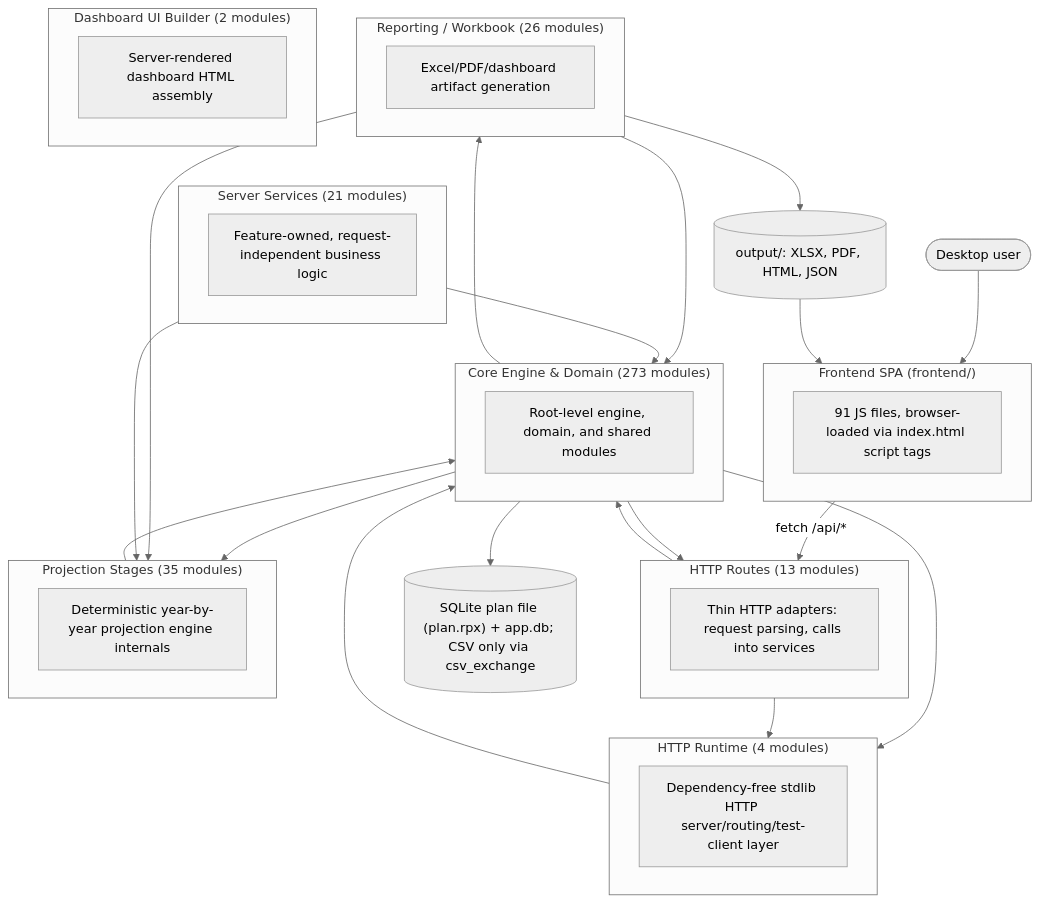
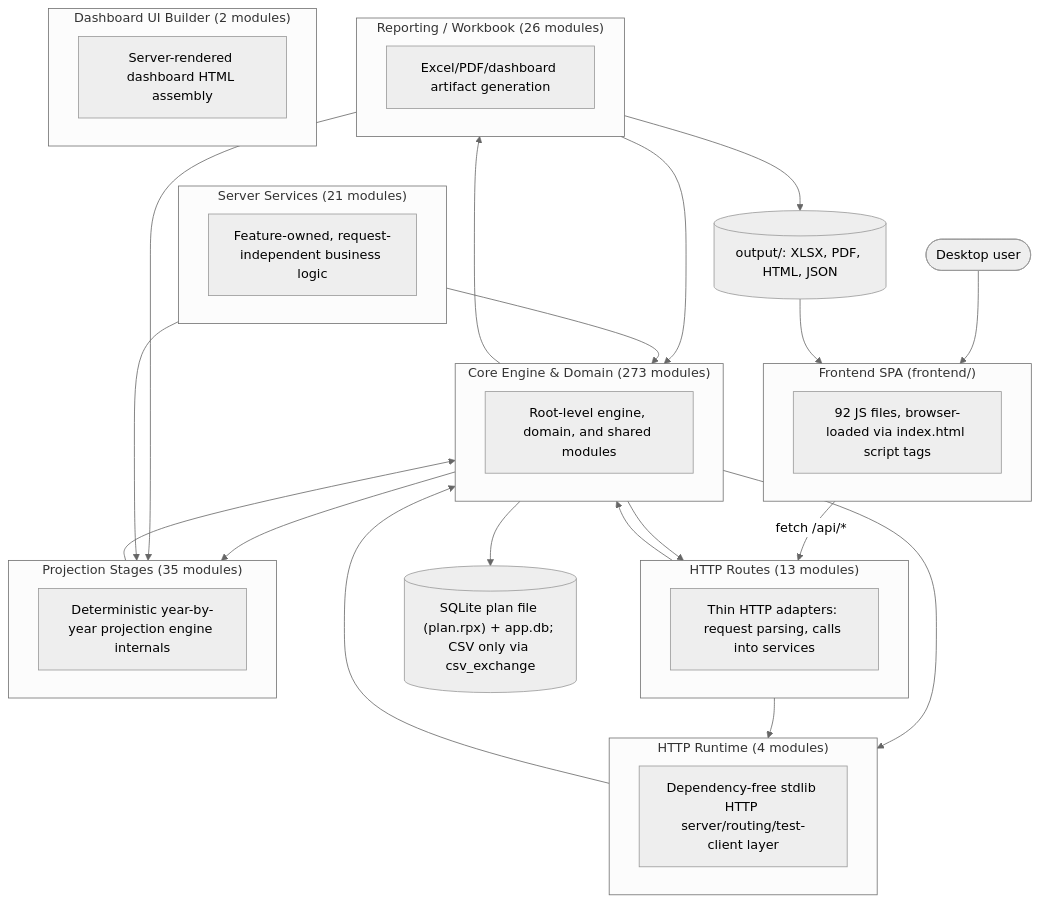
The first of 2 diagrams in documentation/reference/SYSTEM_ARCHITECTURE_DIAGRAM.md (matthartzman/retirement_system), drawn with Mermaid (neutral theme) before and after one commit. The commit also changed other lines of this file and 16 other files, not shown here.

````diff
--- a/documentation/reference/SYSTEM_ARCHITECTURE_DIAGRAM.md
+++ b/documentation/reference/SYSTEM_ARCHITECTURE_DIAGRAM.md
@@ -11,44 +11,44 @@
 ```mermaid
 flowchart TB
     User(["Desktop user"]) --> FE
     subgraph FE["Frontend SPA (frontend/)"]
-        FEcount["91 JS files, browser-loaded via index.html script tags"]
+        FEcount["92 JS files, browser-loaded via index.html script tags"]
     end
     FE -->|fetch /api/*| L_HTTP_Routes
     subgraph L_HTTP_Routes["HTTP Routes (13 modules)"]
         L_HTTP_Routes_d["Thin HTTP adapters: request parsing, calls into services"]
     end
     subgraph L_Server_Services["Server Services (21 modules)"]
         L_Server_Services_d["Feature-owned, request-independent business logic"]
     end
     subgraph L_HTTP_Runtime["HTTP Runtime (4 modules)"]
         L_HTTP_Runtime_d["Dependency-free stdlib HTTP server/routing/test-client layer"]
     end
     subgraph L_Core_Engine___Domain["Core Engine & Domain (273 modules)"]
         L_Core_Engine___Domain_d["Root-level engine, domain, and shared modules"]
     end
     subgraph L_Projection_Stages["Projection Stages (35 modules)"]
         L_Projection_Stages_d["Deterministic year-by-year projection engine internals"]
     end
     subgraph L_Reporting___Workbook["Reporting / Workbook (26 modules)"]
         L_Reporting___Workbook_d["Excel/PDF/dashboard artifact generation"]
     end
     subgraph L_Dashboard_UI_Builder["Dashboard UI Builder (2 modules)"]
         L_Dashboard_UI_Builder_d["Server-rendered dashboard HTML assembly"]
     end
     L_Core_Engine___Domain --> L_HTTP_Routes
     L_Core_Engine___Domain --> L_HTTP_Runtime
     L_Core_Engine___Domain --> L_Projection_Stages
     L_Core_Engine___Domain --> L_Reporting___Workbook
     L_HTTP_Routes --> L_Core_Engine___Domain
     L_HTTP_Routes --> L_HTTP_Runtime
     L_HTTP_Runtime --> L_Core_Engine___Domain
     L_Projection_Stages --> L_Core_Engine___Domain
     L_Reporting___Workbook --> L_Core_Engine___Domain
     L_Reporting___Workbook --> L_Projection_Stages
     L_Server_Services --> L_Core_Engine___Domain
     L_Server_Services --> L_Projection_Stages
     L_Core_Engine___Domain --> DB[("SQLite plan file (plan.rpx) + app.db; CSV only via csv_exchange")]
     L_Reporting___Workbook --> Outputs[("output/: XLSX, PDF, HTML, JSON")]
     Outputs --> FE
 ```
````
